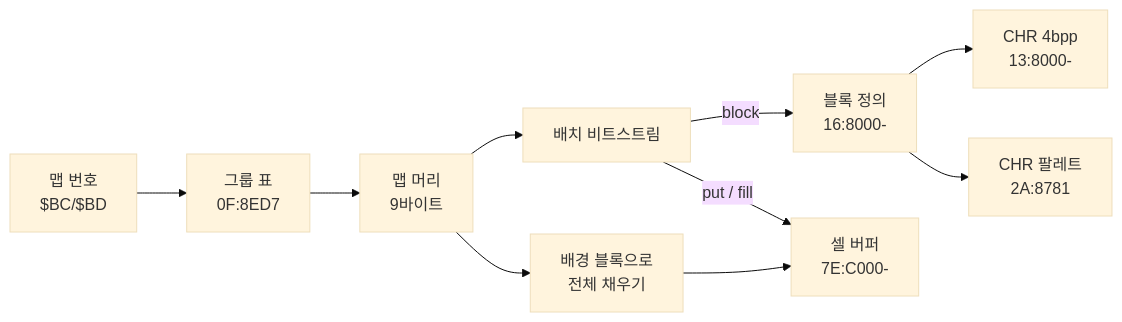
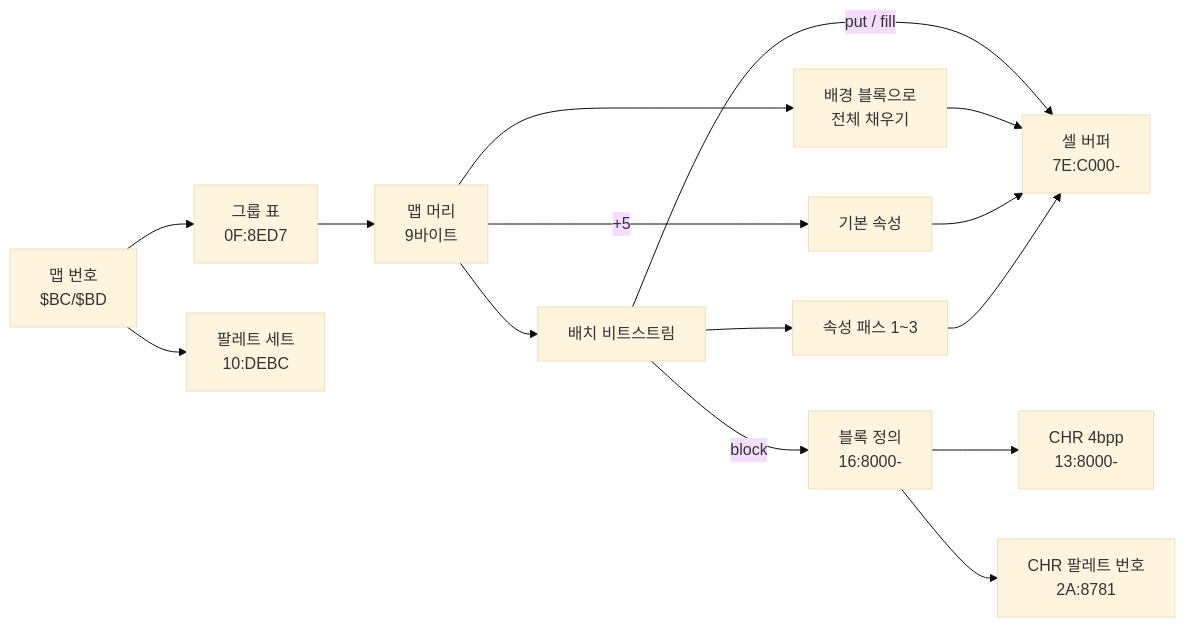
One commit to perfectacle/sfc-dq4 changed the diagram in docs/dq5-map-format.md. Above: the diagram before and after it, drawn with Mermaid (base theme). The commit also changed other lines of this file and 10 other files, not shown here.

````diff
--- a/docs/dq5-map-format.md
+++ b/docs/dq5-map-format.md
@@ -14,11 +21,14 @@
 ```mermaid
 flowchart LR
   ID["맵 번호<br/>$BC/$BD"] --> T["그룹 표<br/>0F:8ED7"] --> H["맵 머리<br/>9바이트"]
+  ID --> PAL["팔레트 세트<br/>10:DEBC"]
   H --> BG["배경 블록으로<br/>전체 채우기"]
   H --> S["배치 비트스트림"]
   S -->|block| B["블록 정의<br/>16:8000-"]
   B --> C["CHR 4bpp<br/>13:8000-"]
-  B --> P["CHR 팔레트<br/>2A:8781"]
+  B --> P["CHR 팔레트 번호<br/>2A:8781"]
   S -->|put / fill| CB["셀 버퍼<br/>7E:C000-"]
   BG --> CB
+  H -->|+5| DEF["기본 속성"] --> CB
+  S --> AP["속성 패스 1~3"] --> CB
 ```
````
